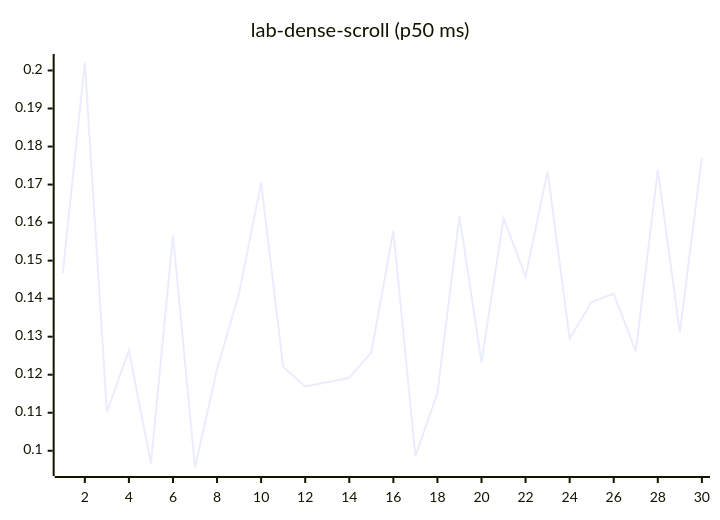
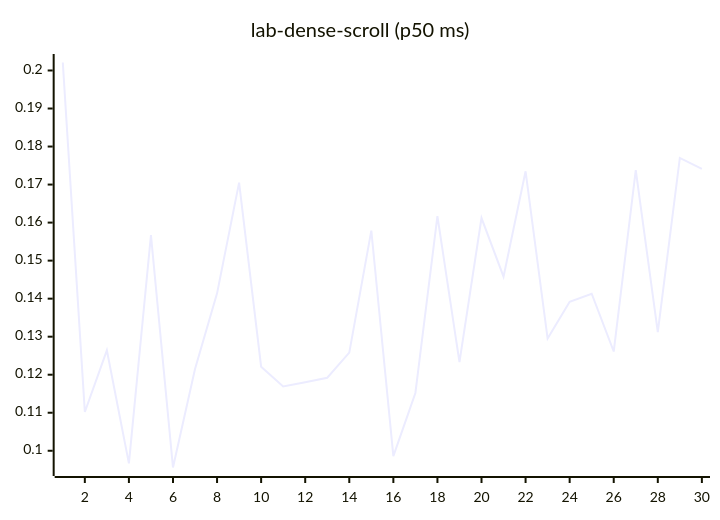
Diagram 12 of 27 in README.md (josha/Facet), drawn with Mermaid before and after one commit. The commit also changed other lines of this file and 2 other files, not shown here.

````diff
--- a/README.md
+++ b/README.md
@@ -140,6 +140,6 @@
 ```mermaid
 xychart-beta
     title "lab-dense-scroll (p50 ms)"
     x-axis 1 --> 30
-    line [0.1467, 0.2021, 0.1102, 0.1264, 0.0967, 0.1567, 0.0956, 0.1215, 0.1414, 0.1705, 0.1221, 0.1169, 0.1180, 0.1192, 0.1258, 0.1579, 0.0986, 0.1152, 0.1617, 0.1233, 0.1612, 0.1458, 0.1735, 0.1295, 0.1392, 0.1413, 0.1261, 0.1738, 0.1312, 0.1770]
+    line [0.2021, 0.1102, 0.1264, 0.0967, 0.1567, 0.0956, 0.1215, 0.1414, 0.1705, 0.1221, 0.1169, 0.1180, 0.1192, 0.1258, 0.1579, 0.0986, 0.1152, 0.1617, 0.1233, 0.1612, 0.1458, 0.1735, 0.1295, 0.1392, 0.1413, 0.1261, 0.1738, 0.1312, 0.1770, 0.1741]
 ```
````
